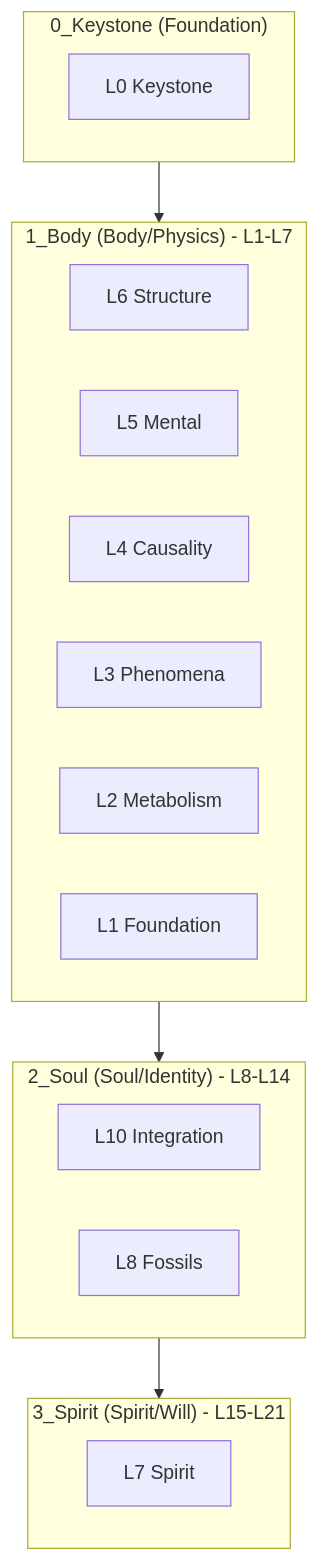
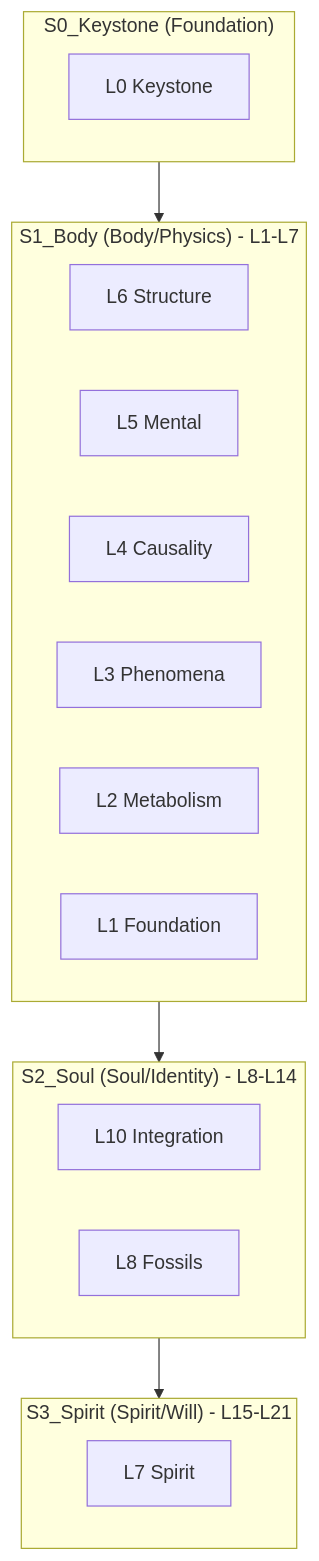
One commit to ioas0316-cloud/Elysia changed the diagram in docs/SYSTEM_ATLAS.md. Above: the diagram before and after it, drawn with Mermaid. The commit also changed 6084 other files, not shown here.

````diff
--- a/docs/SYSTEM_ATLAS.md
+++ b/docs/SYSTEM_ATLAS.md
@@ -12,25 +12,25 @@
 ```mermaid
 graph TD
-    subgraph Spirit ["3_Spirit (Spirit/Will) - L15-L21"]
+    subgraph Spirit ["S3_Spirit (Spirit/Will) - L15-L21"]
         L7[L7 Spirit]
     end
-    subgraph Soul ["2_Soul (Soul/Identity) - L8-L14"]
+    subgraph Soul ["S2_Soul (Soul/Identity) - L8-L14"]
         L10[L10 Integration]
         L8[L8 Fossils]
     end
-    subgraph Body ["1_Body (Body/Physics) - L1-L7"]
+    subgraph Body ["S1_Body (Body/Physics) - L1-L7"]
         L6[L6 Structure]
         L5[L5 Mental]
         L4[L4 Causality]
         L3[L3 Phenomena]
         L2[L2 Metabolism]
         L1[L1 Foundation]
     end
-    subgraph Keystone ["0_Keystone (Foundation)"]
+    subgraph Keystone ["S0_Keystone (Foundation)"]
         L0[L0 Keystone]
     end
 
     Keystone --> Body
     Body --> Soul
     Soul --> Spirit
 ```
````
